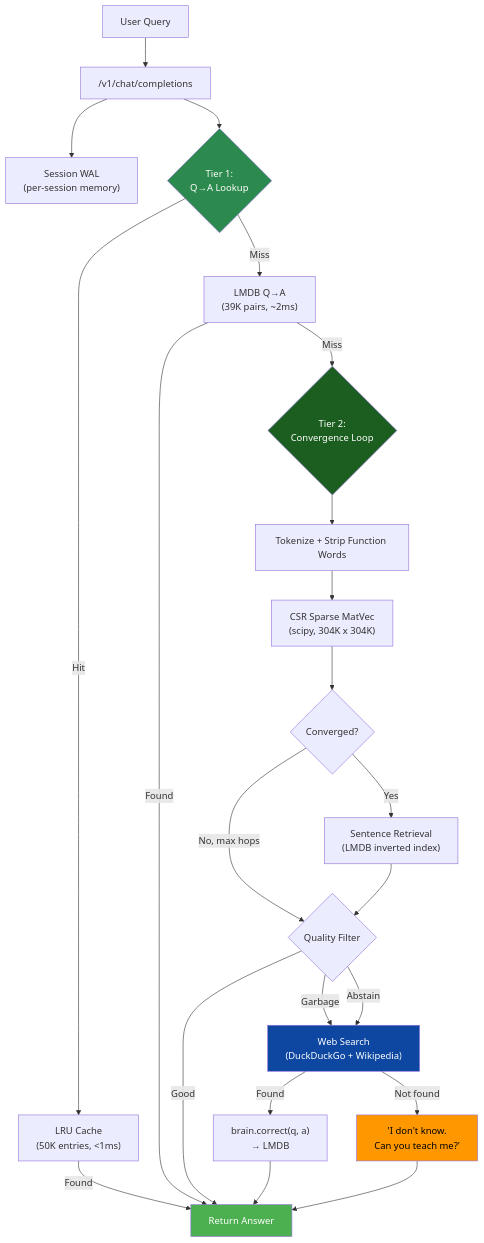
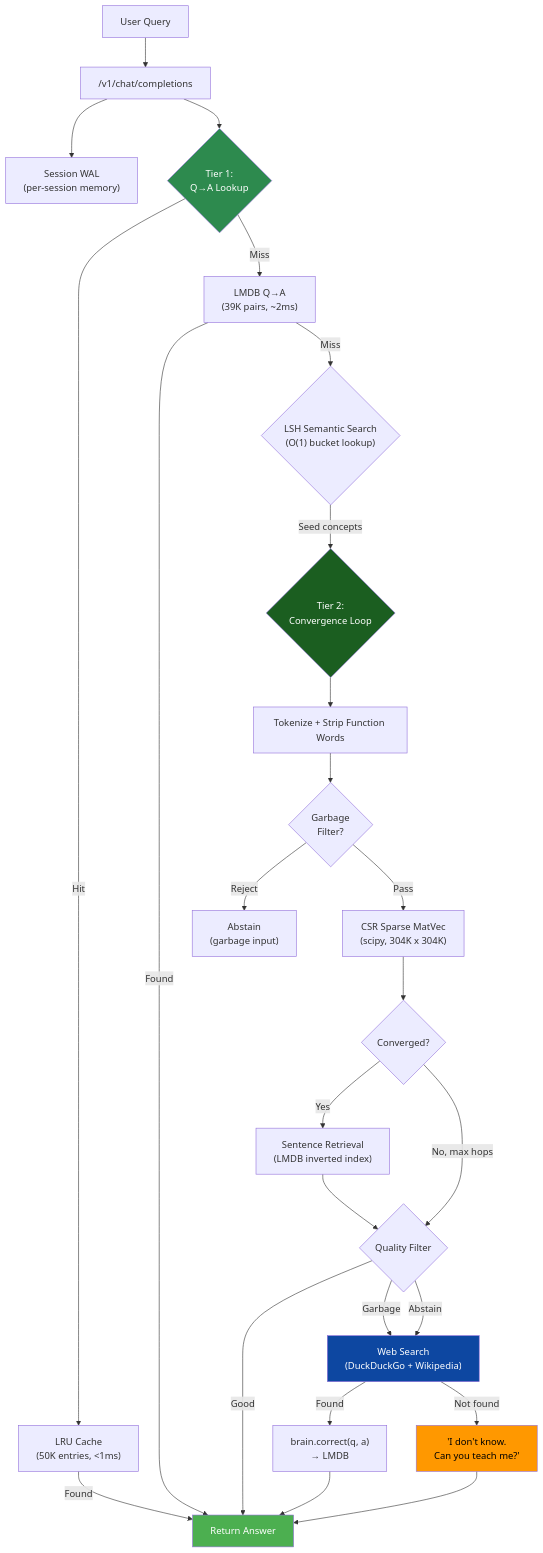
Before and after one commit to tejasphatak/webmind-research: the first of 9 diagrams in papers/guru-engineering-guide.md, drawn with Mermaid. The commit also changed other lines of this file and 2 other files, not shown here.

First line of the commit message:
papers: update all docs with vocabulary intelligence layer (LSH, ScaNN, quantization, pruning)

````diff
--- a/papers/guru-engineering-guide.md
+++ b/papers/guru-engineering-guide.md
@@ -21,34 +21,37 @@
 ```mermaid
 flowchart TD
     User[User Query] --> API["/v1/chat/completions"]
     API --> SessionWAL["Session WAL\n(per-session memory)"]
     API --> Tier1{"Tier 1:\nQ→A Lookup"}
     
     Tier1 -->|Hit| LRU["LRU Cache\n(50K entries, <1ms)"]
     Tier1 -->|Miss| LMDB_QA["LMDB Q→A\n(39K pairs, ~2ms)"]
     LRU -->|Found| Return[Return Answer]
     LMDB_QA -->|Found| Return
     
-    LMDB_QA -->|Miss| Tier2{"Tier 2:\nConvergence Loop"}
+    LMDB_QA -->|Miss| LSH{"LSH Semantic Search\n(O(1) bucket lookup)"}
+    LSH -->|Seed concepts| Tier2{"Tier 2:\nConvergence Loop"}
     Tier2 --> Tokenize[Tokenize + Strip Function Words]
-    Tokenize --> CSR["CSR Sparse MatVec\n(scipy, 304K x 304K)"]
+    Tokenize --> Garbage{"Garbage\nFilter?"}
+    Garbage -->|Reject| Abstain["Abstain\n(garbage input)"]
+    Garbage -->|Pass| CSR["CSR Sparse MatVec\n(scipy, 304K x 304K)"]
     CSR --> Converge{"Converged?"}
     Converge -->|Yes| Sentences["Sentence Retrieval\n(LMDB inverted index)"]
     Converge -->|No, max hops| Filter{"Quality Filter"}
     Sentences --> Filter
     
     Filter -->|Good| Return
     Filter -->|Garbage| WebSearch["Web Search\n(DuckDuckGo + Wikipedia)"]
     Filter -->|Abstain| WebSearch
     
     WebSearch -->|Found| Correct["brain.correct(q, a)\n→ LMDB"]
     WebSearch -->|Not found| TeachMe["'I don't know.\nCan you teach me?'"]
     Correct --> Return
     TeachMe --> Return
     
     style Tier1 fill:#2d8a4e,color:#fff
     style Tier2 fill:#1b5e20,color:#fff
     style WebSearch fill:#0d47a1,color:#fff
     style Return fill:#4caf50,color:#fff
     style TeachMe fill:#ff9800,color:#000
 ```
````
